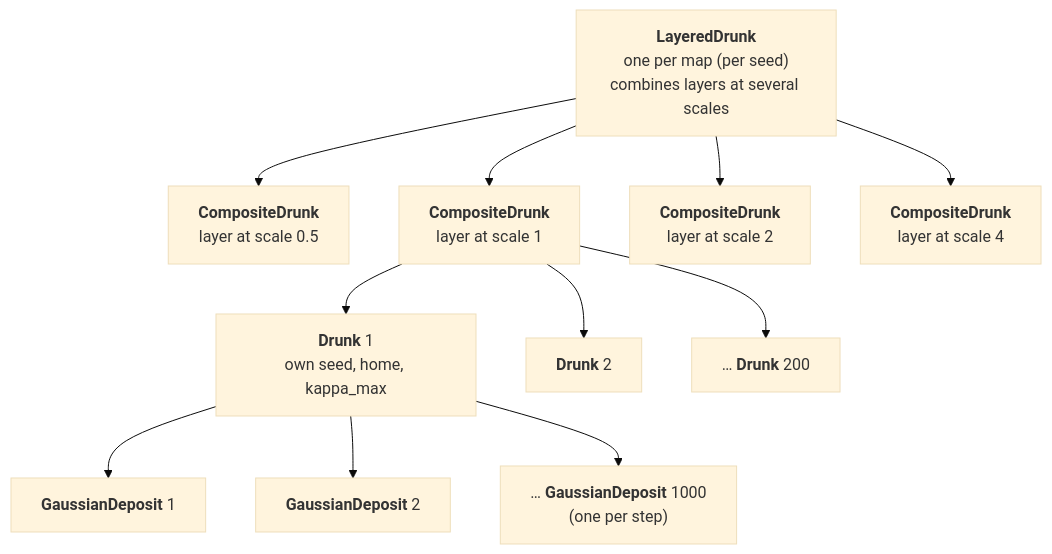
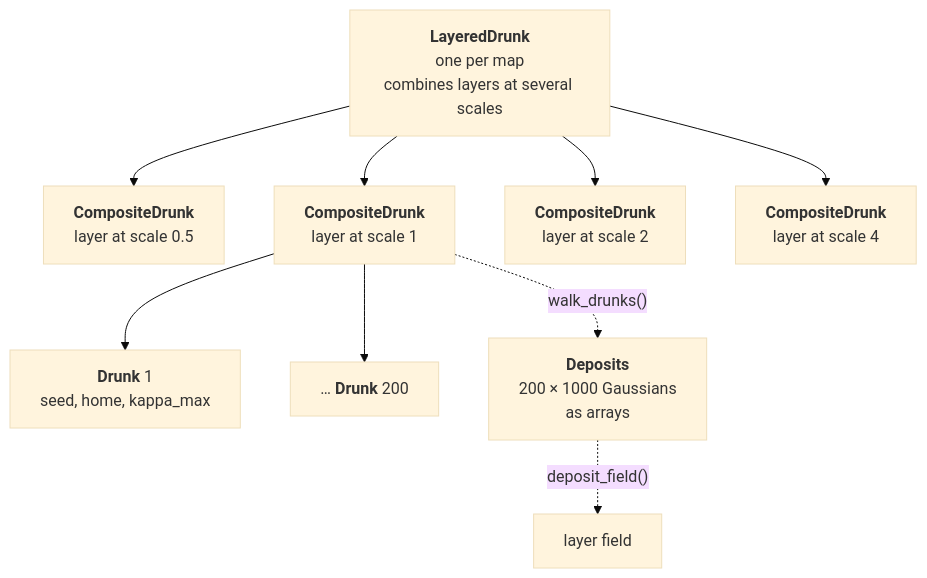
The second of 3 diagrams in README.md (michael-mayo/drunk), drawn with Mermaid (base theme) before and after one commit. The commit also changed other lines of this file and 26 other files, not shown here.

````diff
--- a/README.md
+++ b/README.md
@@ -45,14 +537,12 @@
 ```mermaid
 flowchart TD
-    L["<b>LayeredDrunk</b><br/>one per map (per seed)<br/>combines layers at several scales"]
+    L["<b>LayeredDrunk</b><br/>one per map<br/>combines layers at several scales"]
     L --> C1["<b>CompositeDrunk</b><br/>layer at scale 0.5"]
     L --> C2["<b>CompositeDrunk</b><br/>layer at scale 1"]
     L --> C3["<b>CompositeDrunk</b><br/>layer at scale 2"]
     L --> C4["<b>CompositeDrunk</b><br/>layer at scale 4"]
-    C2 --> D1["<b>Drunk</b> 1<br/>own seed, home, kappa_max"]
-    C2 --> D2["<b>Drunk</b> 2"]
+    C2 --> D1["<b>Drunk</b> 1<br/>seed, home, kappa_max"]
     C2 --> Dn["… <b>Drunk</b> 200"]
-    D1 --> G1["<b>GaussianDeposit</b> 1"]
-    D1 --> G2["<b>GaussianDeposit</b> 2"]
-    D1 --> Gn["… <b>GaussianDeposit</b> 1000<br/>(one per step)"]
+    C2 -. "walk_drunks()" .-> DP["<b>Deposits</b><br/>200 × 1000 Gaussians<br/>as arrays"]
+    DP -. "deposit_field()" .-> F["layer field"]
 ```
````
